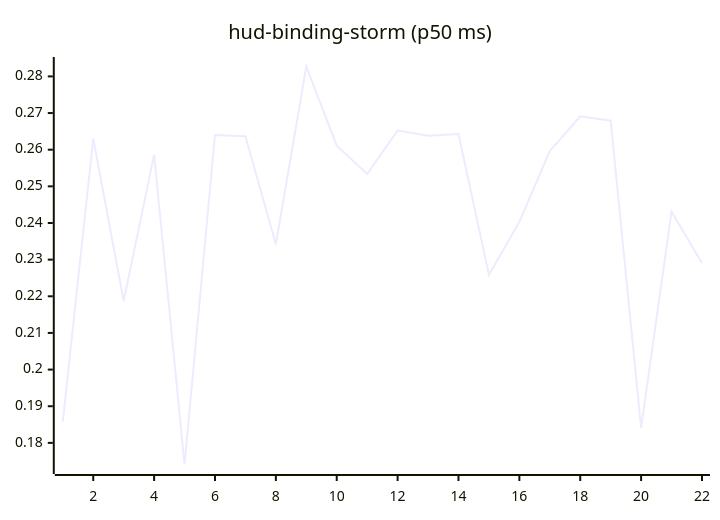
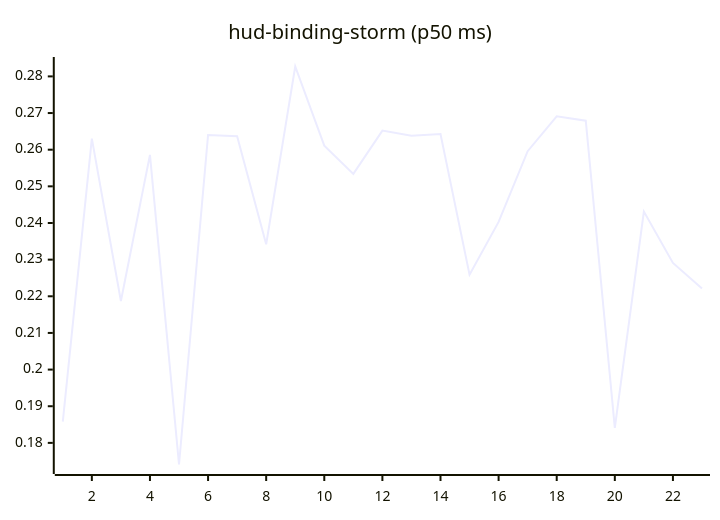
One commit to josha/Facet changed the tenth of 27 diagrams in README.md. Above: the diagram before and after it, drawn with Mermaid. The commit also changed other lines of this file and 2 other files, not shown here.

````diff
--- a/README.md
+++ b/README.md
@@ -126,6 +126,6 @@
 ```mermaid
 xychart-beta
     title "hud-binding-storm (p50 ms)"
-    x-axis 1 --> 22
-    line [0.1858, 0.2630, 0.2187, 0.2586, 0.1741, 0.2640, 0.2637, 0.2342, 0.2827, 0.2611, 0.2534, 0.2652, 0.2638, 0.2643, 0.2259, 0.2403, 0.2596, 0.2691, 0.2679, 0.1841, 0.2431, 0.2291]
+    x-axis 1 --> 23
+    line [0.1858, 0.2630, 0.2187, 0.2586, 0.1741, 0.2640, 0.2637, 0.2342, 0.2827, 0.2611, 0.2534, 0.2652, 0.2638, 0.2643, 0.2259, 0.2403, 0.2596, 0.2691, 0.2679, 0.1841, 0.2431, 0.2291, 0.2221]
 ```
````
